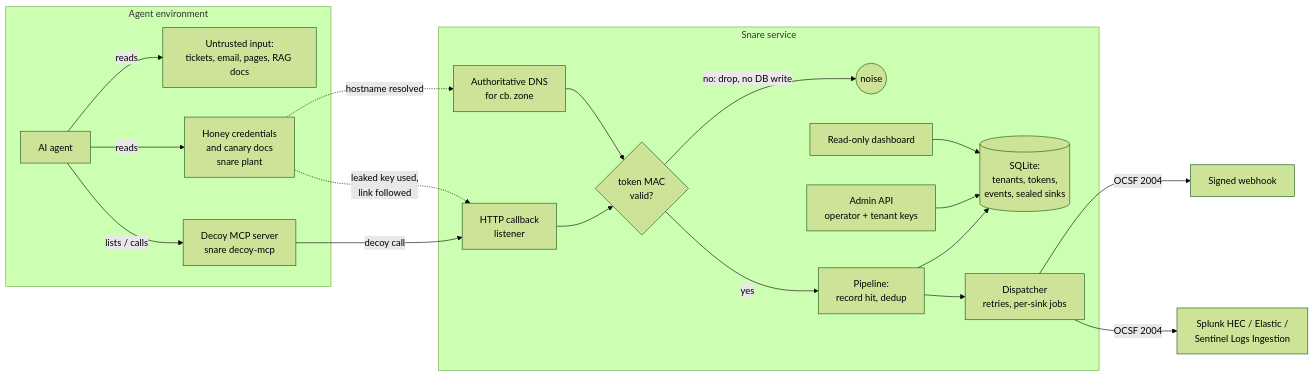
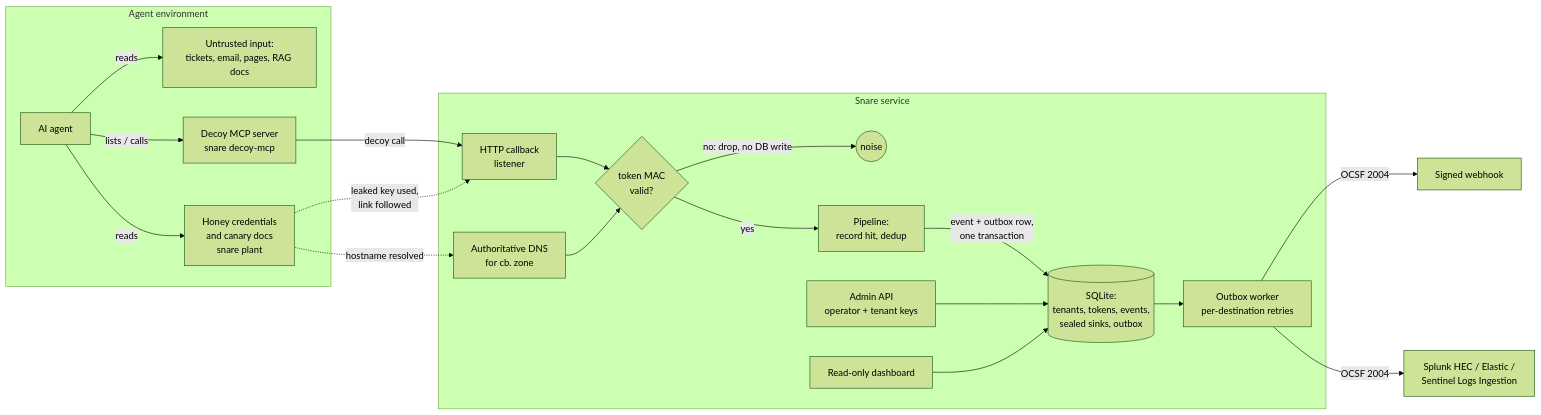
One commit to danielguillaumont/snare changed the diagram in docs/ARCHITECTURE.md. Above: the diagram before and after it, drawn with Mermaid (forest theme). The commit also changed other lines of this file and 28 other files, not shown here.

````diff
--- a/docs/ARCHITECTURE.md
+++ b/docs/ARCHITECTURE.md
@@ -8,26 +8,26 @@
 ```mermaid
 flowchart LR
   subgraph Agent environment
     A[AI agent] -->|reads| U[Untrusted input:<br/>tickets, email, pages, RAG docs]
     A -->|lists / calls| M[Decoy MCP server<br/>snare decoy-mcp]
     A -->|reads| H[Honey credentials<br/>and canary docs<br/>snare plant]
   end
 
   M -->|decoy call| CB
   H -.->|leaked key used,<br/>link followed| CB
   H -.->|hostname resolved| DNS
 
   subgraph Snare service
     CB[HTTP callback<br/>listener] --> V{token MAC<br/>valid?}
     DNS[Authoritative DNS<br/>for cb. zone] --> V
     V -->|no: drop, no DB write| X((noise))
     V -->|yes| P[Pipeline:<br/>record hit, dedup]
-    P --> S[(SQLite:<br/>tenants, tokens,<br/>events, sealed sinks)]
-    P --> D[Dispatcher<br/>retries, per-sink jobs]
+    P -->|event + outbox row,<br/>one transaction| S[(SQLite:<br/>tenants, tokens, events,<br/>sealed sinks, outbox)]
+    S --> D[Outbox worker<br/>per-destination retries]
     API[Admin API<br/>operator + tenant keys] --> S
     UI[Read-only dashboard] --> S
   end
 
   D -->|OCSF 2004| W[Signed webhook]
   D -->|OCSF 2004| SIEM[Splunk HEC / Elastic /<br/>Sentinel Logs Ingestion]
 ```
````
